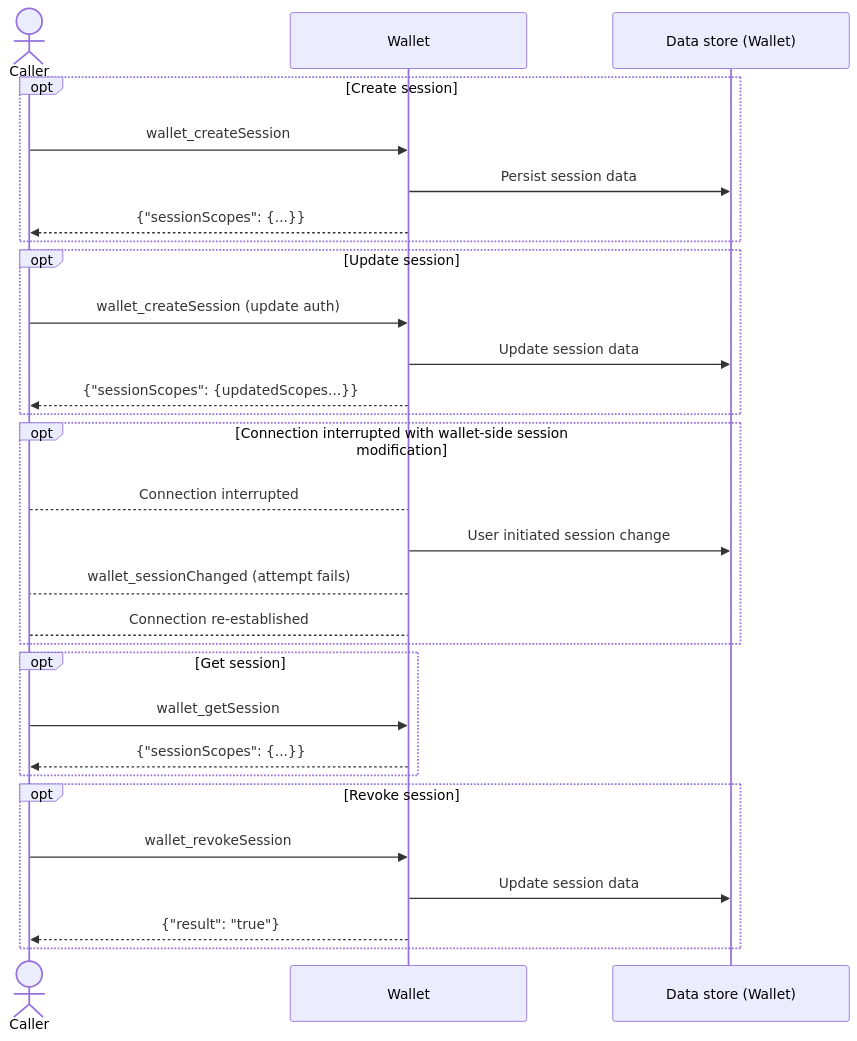
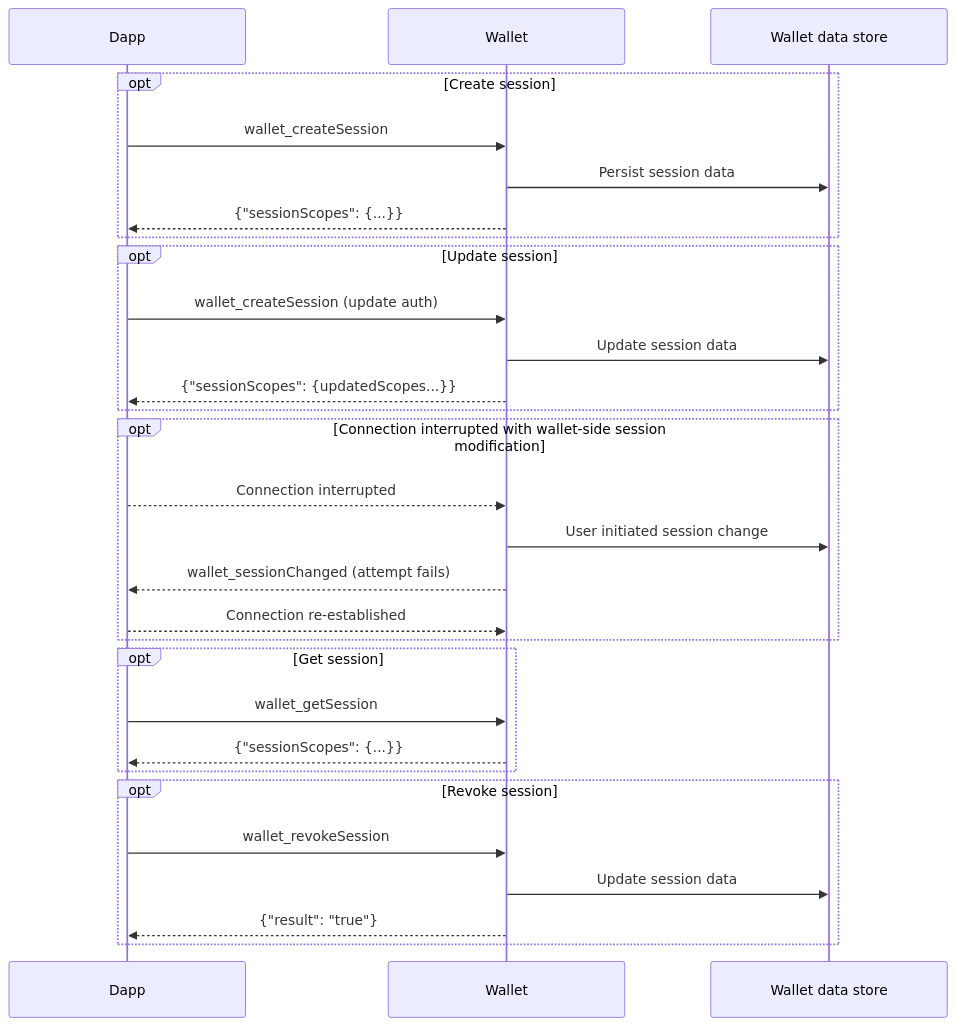
Before and after one commit to MetaMask/metamask-docs: the first of 2 diagrams in wallet/concepts/multichain-api.md, drawn with Mermaid. The commit also changed other lines of this file and 3 other files, not shown here.

````diff
--- a/wallet/concepts/multichain-api.md
+++ b/wallet/concepts/multichain-api.md
@@ -38,45 +54,45 @@
 ```mermaid
 %%{
   init: {
     'sequence': {
       'actorMargin': 100,
       'width': 275
     }
   }
 }%%
 
 sequenceDiagram
-  actor Caller
+  participant Dapp
   participant Wallet
-  participant WalletDataStore as Data store (Wallet)
+  participant WalletDataStore as Wallet data store
   
   opt Create session
-  Caller->>Wallet: wallet_createSession
+  Dapp->>Wallet: wallet_createSession
   Wallet->>WalletDataStore: Persist session data
-  Wallet-->>Caller: {"sessionScopes": {...}}
+  Wallet-->>Dapp: {"sessionScopes": {...}}
   end
   
   opt Update session
-  Caller->>Wallet: wallet_createSession (update auth)
+  Dapp->>Wallet: wallet_createSession (update auth)
   Wallet->>WalletDataStore: Update session data
-  Wallet-->>Caller: {"sessionScopes": {updatedScopes...}}
+  Wallet-->>Dapp: {"sessionScopes": {updatedScopes...}}
   end
   
   opt Connection interrupted with wallet-side session modification
-  Caller-->Wallet: Connection interrupted
+  Dapp-->>Wallet: Connection interrupted
   Wallet->>WalletDataStore: User initiated session change
-  Wallet-->Caller: wallet_sessionChanged (attempt fails)
-  Caller-->Wallet: Connection re-established
+  Wallet-->>Dapp: wallet_sessionChanged (attempt fails)
+  Dapp-->>Wallet: Connection re-established
   end
   
   opt Get session
-  Caller->>Wallet: wallet_getSession
-  Wallet-->>Caller: {"sessionScopes": {...}}
+  Dapp->>Wallet: wallet_getSession
+  Wallet-->>Dapp: {"sessionScopes": {...}}
   end
 
   opt Revoke session
-  Caller->>Wallet: wallet_revokeSession
+  Dapp->>Wallet: wallet_revokeSession
   Wallet->>WalletDataStore: Update session data
-  Wallet-->>Caller: {"result": "true"}
+  Wallet-->>Dapp: {"result": "true"}
   end
 ```
````
